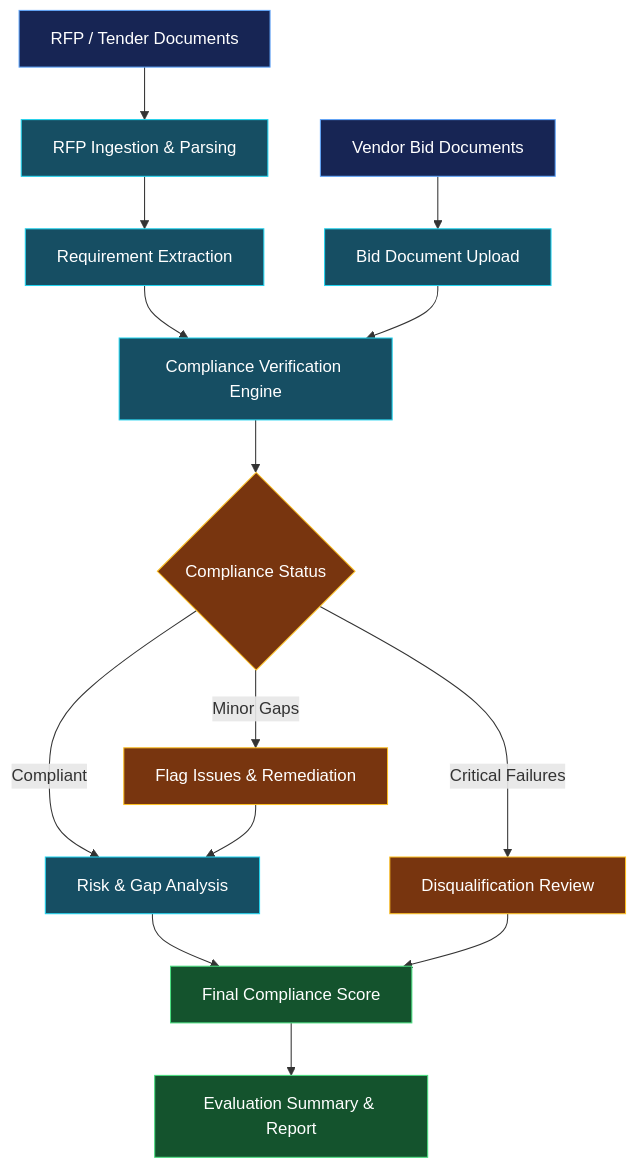
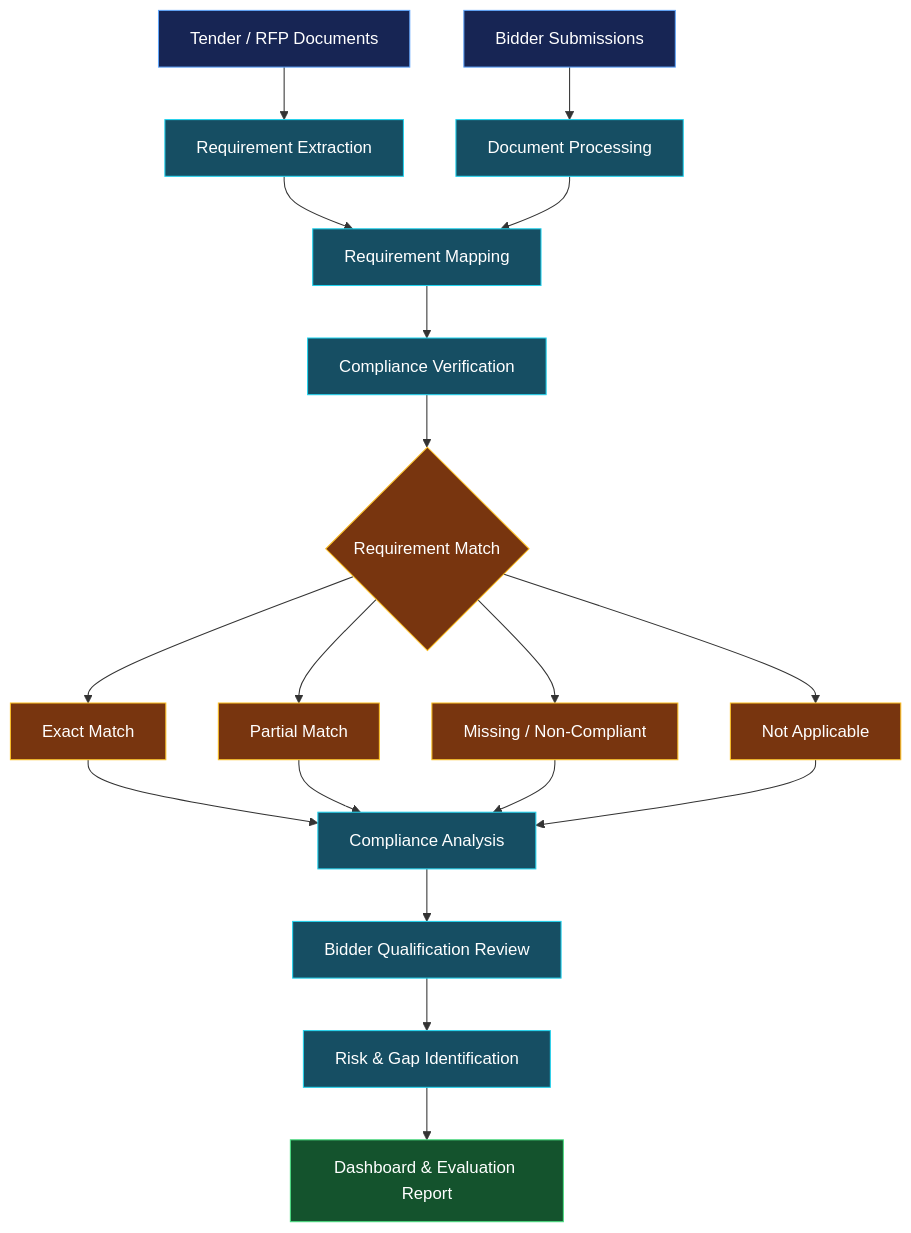
One commit to Saral2810/Bid-Compliance-System changed the diagram in README.md. Above: the diagram before and after it, drawn with Mermaid. The commit also changed other lines of this file, not shown here.

````diff
--- a/README.md
+++ b/README.md
@@ -5,26 +70,35 @@
 ```mermaid
 flowchart TD
-    A["RFP / Tender Documents"] --> B["RFP Ingestion & Parsing"]
-    B --> C["Requirement Extraction"]
-    D["Vendor Bid Documents"] --> E["Bid Document Upload"]
-    C --> F["Compliance Verification Engine"]
-    E --> F
-    F --> G{"Compliance Status"}
-    G -->|Compliant| H["Risk & Gap Analysis"]
-    G -->|Minor Gaps| I["Flag Issues & Remediation"]
-    G -->|Critical Failures| J["Disqualification Review"]
-    I --> H
-    H --> K["Final Compliance Score"]
-    J --> K
-    K --> L["Evaluation Summary & Report"]
+    A["Tender / RFP Documents"] --> B["Requirement Extraction"]
+    C["Bidder Submissions"] --> D["Document Processing"]
 
-    classDef input fill:#172554,stroke:#60a5fa,color:#fff
-    classDef engine fill:#164e63,stroke:#22d3ee,color:#fff
-    classDef decision fill:#78350f,stroke:#fbbf24,color:#fff
-    classDef output fill:#14532d,stroke:#4ade80,color:#fff
+    B --> E["Requirement Mapping"]
+    D --> E
 
-    class A,D input
-    class B,C,E,F,H engine
-    class G,I,J decision
-    class K,L output
+    E --> F["Compliance Verification"]
+    F --> G{"Requirement Match"}
+
+    G --> H["Exact Match"]
+    G --> I["Partial Match"]
+    G --> J["Missing / Non-Compliant"]
+    G --> K["Not Applicable"]
+
+    H --> L["Compliance Analysis"]
+    I --> L
+    J --> L
+    K --> L
+
+    L --> M["Bidder Qualification Review"]
+    M --> N["Risk & Gap Identification"]
+    N --> O["Dashboard & Evaluation Report"]
+
+    classDef input fill:#172554,stroke:#60a5fa,color:#ffffff
+    classDef process fill:#164e63,stroke:#22d3ee,color:#ffffff
+    classDef decision fill:#78350f,stroke:#fbbf24,color:#ffffff
+    classDef output fill:#14532d,stroke:#4ade80,color:#ffffff
+
+    class A,C input
+    class B,D,E,F,L,M,N process
+    class G,H,I,J,K decision
+    class O output
 ```
````
